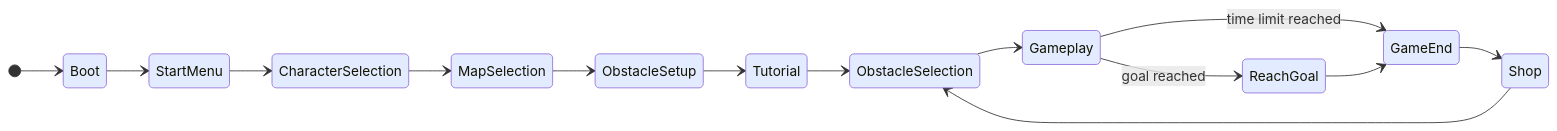
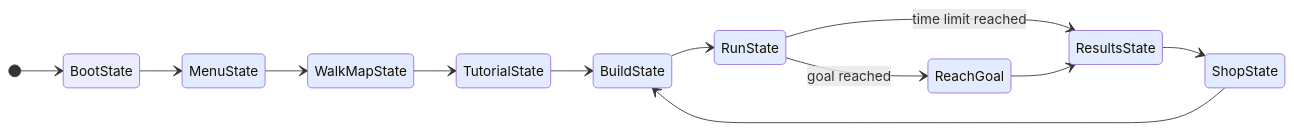
One commit to UoB-COMSM0166/2026-group-20 changed the fourth of 5 diagrams in README.md. Above: the diagram before and after it, drawn with Mermaid. The commit also changed other lines of this file, not shown here.

````diff
--- a/README.md
+++ b/README.md
@@ -579,37 +564,32 @@
 ```mermaid
 ---
 config:
   layout: dagre
   theme: basic
 ---
 stateDiagram
   direction LR
 
-  [*] --> Boot
-  Boot --> StartMenu
-  StartMenu --> CharacterSelection
-  CharacterSelection --> MapSelection
-  MapSelection --> ObstacleSetup
-  ObstacleSetup --> Tutorial
-  Tutorial --> ObstacleSelection
+  [*] --> BootState
+  BootState --> MenuState
+  MenuState --> WalkMapState
+  WalkMapState --> TutorialState
+  TutorialState --> BuildState
+  BuildState --> RunState
 
-  ObstacleSelection --> Gameplay
-  Gameplay --> ReachGoal: goal reached
-  Gameplay --> GameEnd: time limit reached
-  ReachGoal --> GameEnd
+  RunState --> ReachGoal: goal reached
+  RunState --> ResultsState: time limit reached
+  ReachGoal --> ResultsState
 
-  GameEnd --> Shop
-  Shop --> ObstacleSelection
+  ResultsState --> ShopState
+  ShopState --> BuildState
 
-  style Boot fill:#E2EBFF
-  style StartMenu fill:#E2EBFF
-  style CharacterSelection fill:#E2EBFF
-  style MapSelection fill:#E2EBFF
-  style ObstacleSetup fill:#E2EBFF
-  style Tutorial fill:#E2EBFF
-  style ObstacleSelection fill:#E2EBFF
-  style Gameplay fill:#E2EBFF
+  style MenuState fill:#E2EBFF
+  style WalkMapState fill:#E2EBFF
+  style TutorialState fill:#E2EBFF
+  style BuildState fill:#E2EBFF
+  style RunState fill:#E2EBFF
   style ReachGoal fill:#E2EBFF
-  style GameEnd fill:#E2EBFF
-  style Shop fill:#E2EBFF
+  style ResultsState fill:#E2EBFF
+  style ShopState fill:#E2EBFF
 ```
````
